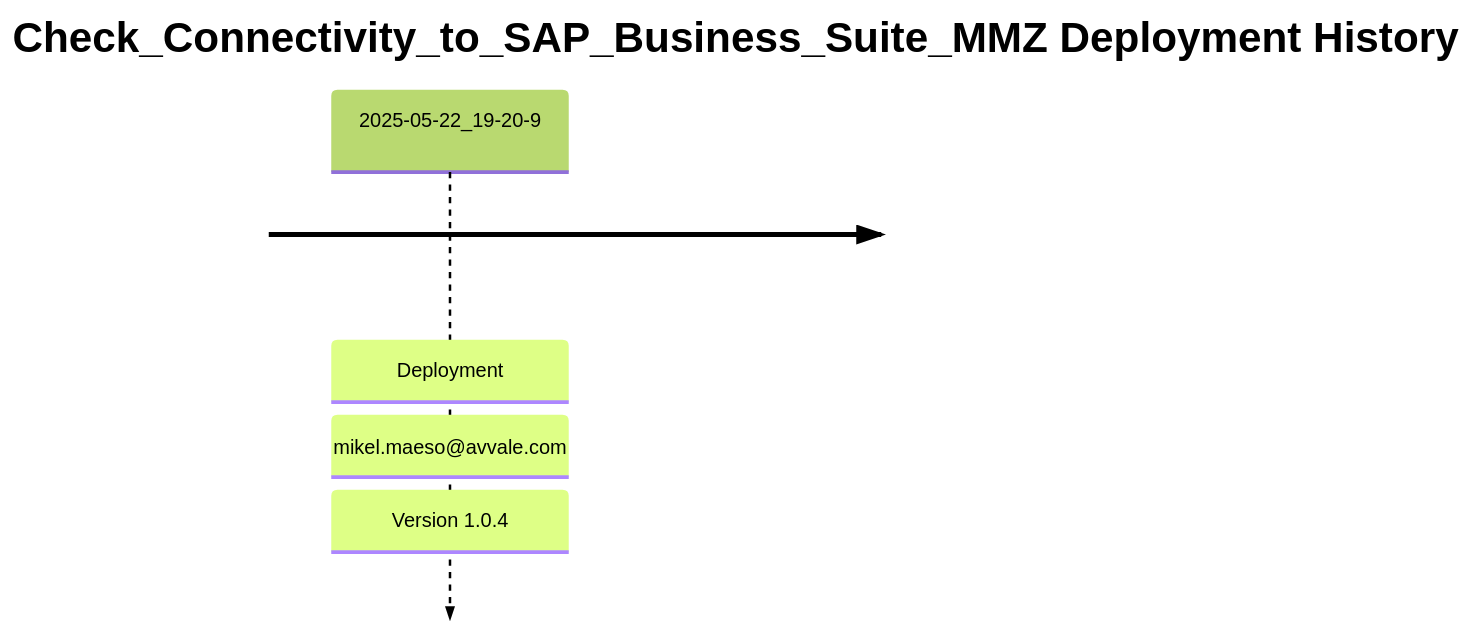
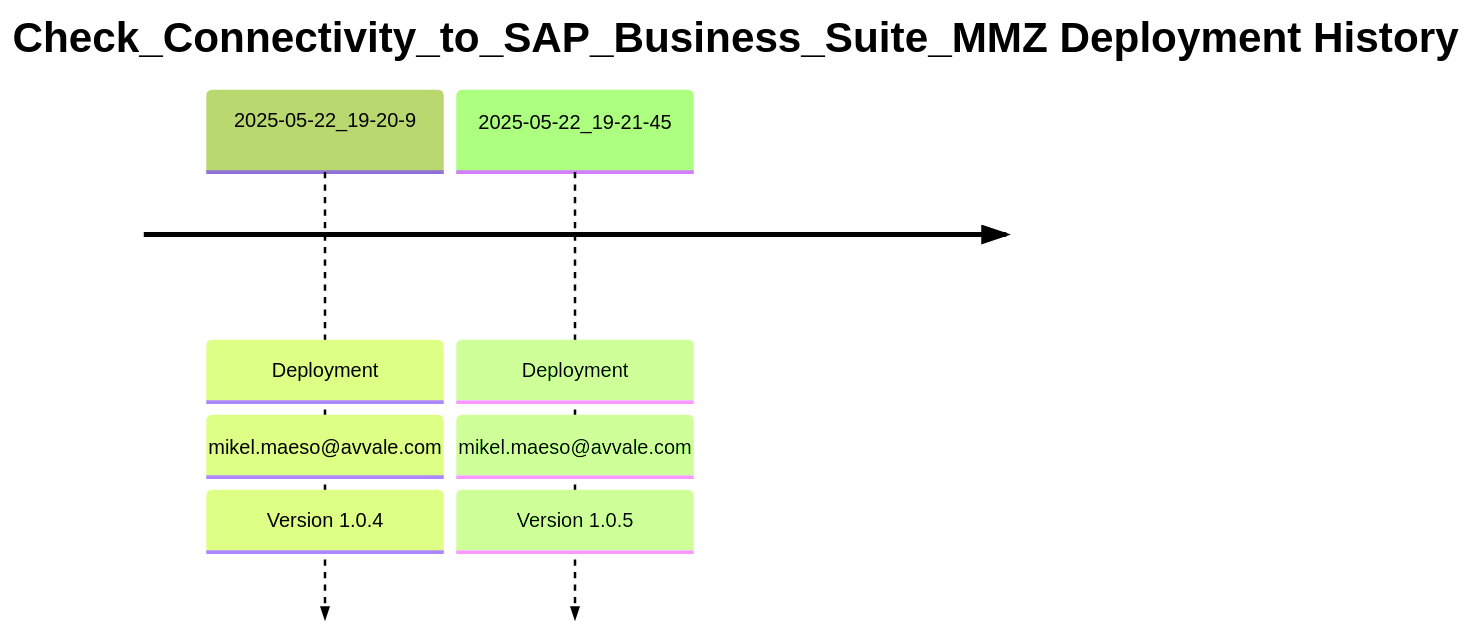
Before and after one commit to Avvale-IA-CICD/AvvaleCPI: the diagram in MMZ - Cell Iflows/Check_Connectivity_to_SAP_Business_Suite_MMZ/README.md, drawn with Mermaid. The commit also changed other lines of this file, not shown here.

Commit message:
docs: Update master README for MMZ - Cell Iflows/Check_Connectivity_to_SAP_Business_Suite_MMZ (v 1.0.5)

````diff
--- a/MMZ - Cell Iflows/Check_Connectivity_to_SAP_Business_Suite_MMZ/README.md
+++ b/MMZ - Cell Iflows/Check_Connectivity_to_SAP_Business_Suite_MMZ/README.md
@@ -7,6 +7,7 @@
 ```mermaid
 %%{init: { 'logLevel': 'debug', 'theme': 'forest' } }%%
 timeline
     title Check_Connectivity_to_SAP_Business_Suite_MMZ Deployment History
     2025-05-22_19-20-9 : Deployment : mikel.maeso@avvale.com : Version 1.0.4
+    2025-05-22_19-21-45 : Deployment : mikel.maeso@avvale.com : Version 1.0.5
 ```
````
